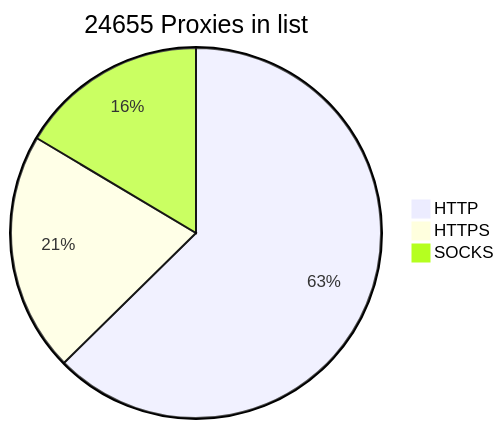
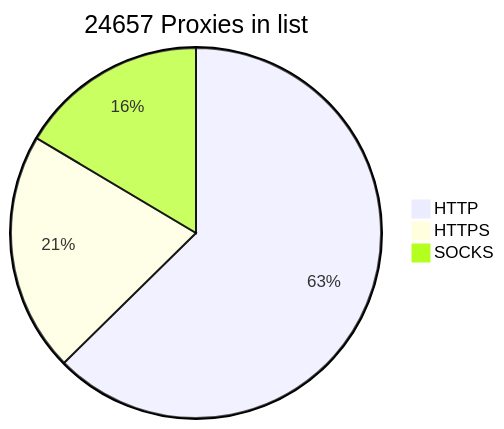
Before and after one commit to BlackSnowDot/proxylist-update-every-minute: the diagram in README.md, drawn with Mermaid.

````diff
--- a/README.md
+++ b/README.md
@@ -2,6 +2,6 @@
 ```mermaid
-pie title 24655 Proxies in list
-    "HTTP" : 17856
-    "HTTPS": 5967
-    "SOCKS" : 4688
+pie title 24657 Proxies in list
+    "HTTP" : 17855
+    "HTTPS": 5966
+    "SOCKS" : 4690
 ```
````
